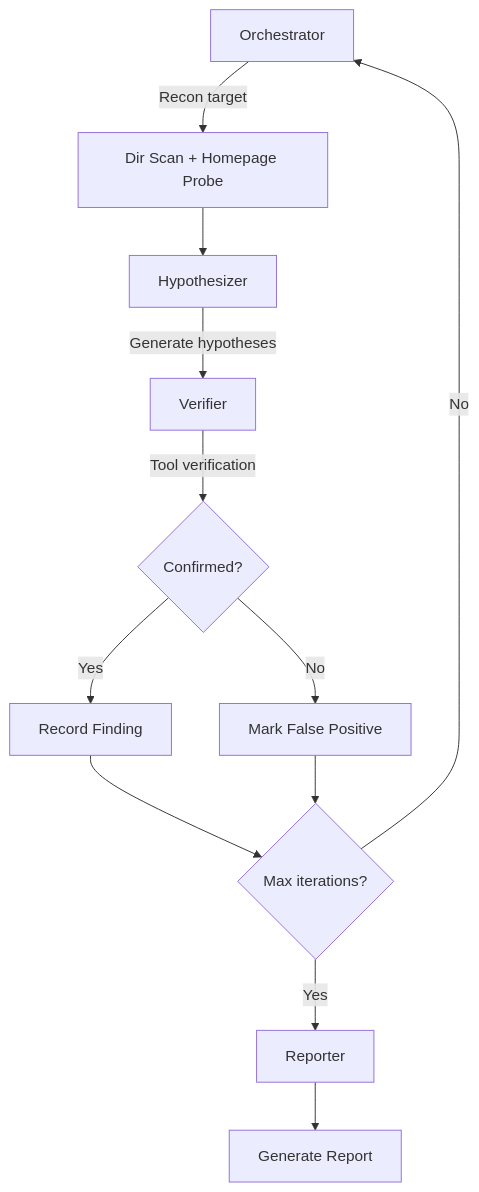
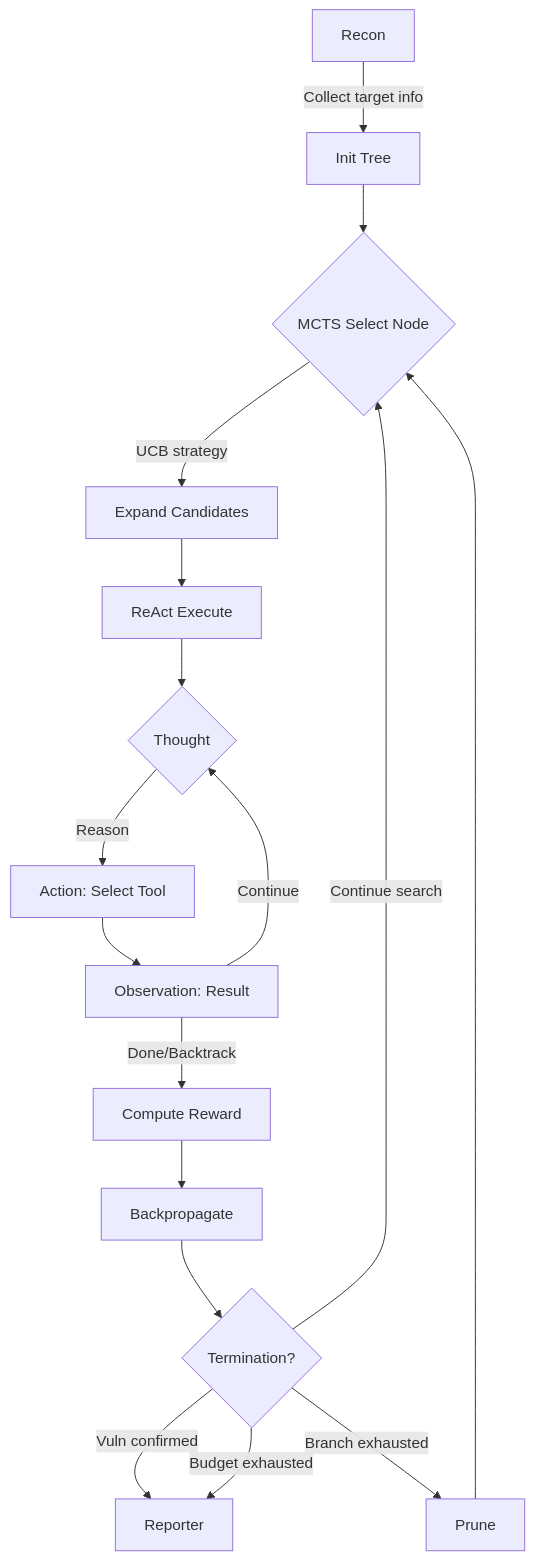
One commit to R0x7e/Argus changed the diagram in README_EN.md. Above: the diagram before and after it, drawn with Mermaid. The commit also changed other lines of this file and 2 other files, not shown here.

First line of the commit message:
docs(readme): 更新项目文档以反映 LATS+ReAct 架构变更

````diff
--- a/README_EN.md
+++ b/README_EN.md
@@ -195,14 +407,21 @@
 ```mermaid
 graph TD
-    A[Orchestrator] -->|Recon target| B[Dir Scan + Homepage Probe]
-    B --> C[Hypothesizer]
-    C -->|Generate hypotheses| D[Verifier]
-    D -->|Tool verification| E{Confirmed?}
-    E -->|Yes| F[Record Finding]
-    E -->|No| G[Mark False Positive]
-    F --> H{Max iterations?}
-    G --> H
-    H -->|No| A
-    H -->|Yes| I[Reporter]
-    I --> J[Generate Report]
+    A[Recon] -->|Collect target info| B[Init Tree]
+    B --> C{MCTS Select Node}
+    C -->|UCB strategy| D[Expand Candidates]
+    D --> E[ReAct Execute]
+
+    E --> F{Thought}
+    F -->|Reason| G[Action: Select Tool]
+    G --> H[Observation: Result]
+    H -->|Continue| F
+    H -->|Done/Backtrack| I[Compute Reward]
+
+    I --> J[Backpropagate]
+    J --> K{Termination?}
+    K -->|Vuln confirmed| L[Reporter]
+    K -->|Budget exhausted| L
+    K -->|Continue search| C
+    K -->|Branch exhausted| M[Prune]
+    M --> C
 ```
````
